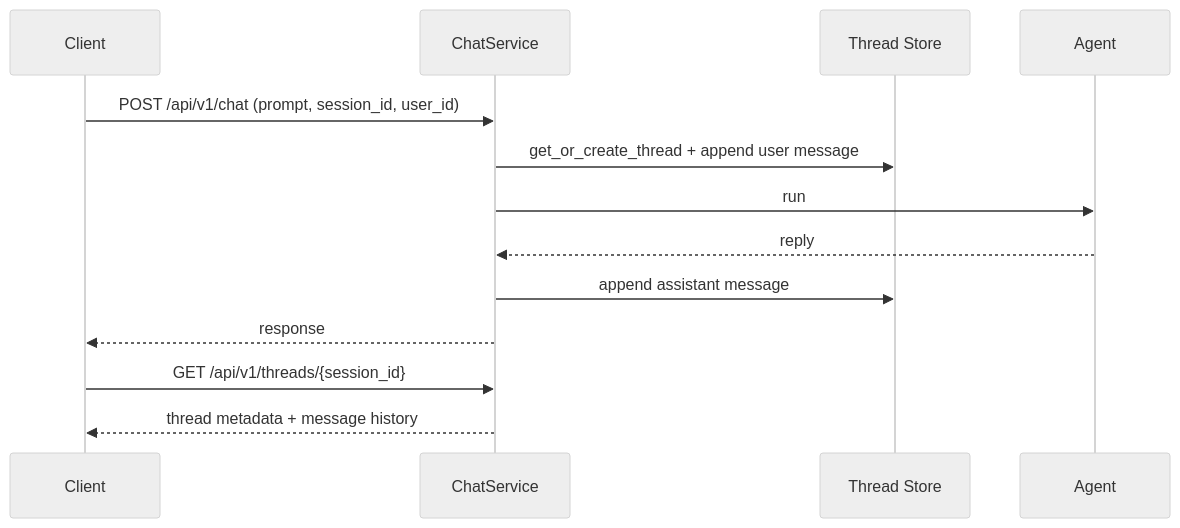
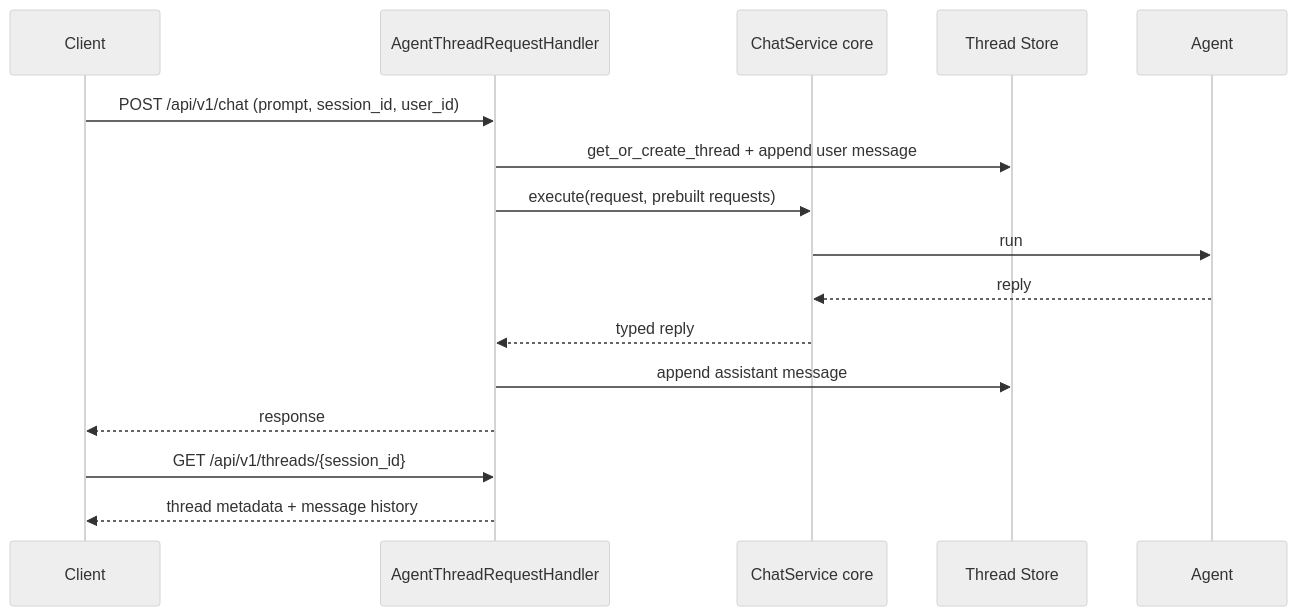
The diagram in docs/docs/advanced/threads.md (yaalalabs/agent-kernel), drawn with Mermaid (neutral theme) before and after one commit. The commit also changed other lines of this file and 13 other files, not shown here.

````diff
--- a/docs/docs/advanced/threads.md
+++ b/docs/docs/advanced/threads.md
@@ -13,16 +13,19 @@
 ```mermaid
 sequenceDiagram
     participant Client
-    participant ChatService
+    participant TH as AgentThreadRequestHandler
+    participant CS as ChatService core
     participant ThreadStore as Thread Store
     participant Agent
 
-    Client->>ChatService: POST /api/v1/chat (prompt, session_id, user_id)
-    ChatService->>ThreadStore: get_or_create_thread + append user message
-    ChatService->>Agent: run
-    Agent-->>ChatService: reply
-    ChatService->>ThreadStore: append assistant message
-    ChatService-->>Client: response
-    Client->>ChatService: GET /api/v1/threads/{session_id}
-    ChatService-->>Client: thread metadata + message history
+    Client->>TH: POST /api/v1/chat (prompt, session_id, user_id)
+    TH->>ThreadStore: get_or_create_thread + append user message
+    TH->>CS: execute(request, prebuilt requests)
+    CS->>Agent: run
+    Agent-->>CS: reply
+    CS-->>TH: typed reply
+    TH->>ThreadStore: append assistant message
+    TH-->>Client: response
+    Client->>TH: GET /api/v1/threads/{session_id}
+    TH-->>Client: thread metadata + message history
 ```
````
